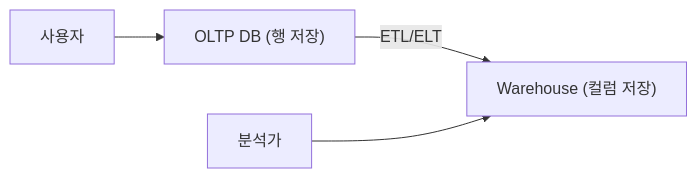
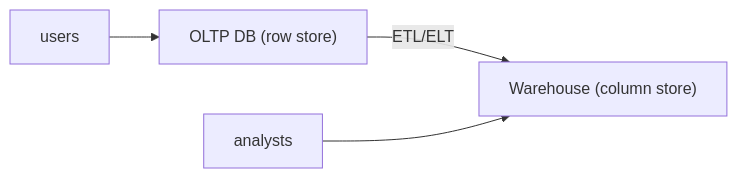
The diagram in content/database-systems-101/ko/10-oltp-and-olap.md (yeongseon-books/book-content), drawn with Mermaid before and after one commit. The commit also changed other lines of this file and 9 other files, not shown here.

````diff
--- a/content/database-systems-101/ko/10-oltp-and-olap.md
+++ b/content/database-systems-101/ko/10-oltp-and-olap.md
@@ -36,6 +56,6 @@
 ```mermaid
 flowchart LR
-    A["사용자"] --> B["OLTP DB (행 저장)"]
-    B -- "ETL/ELT" --> C["Warehouse (컬럼 저장)"]
-    D["분석가"] --> C
+    A["users"] --> B["OLTP DB (row store)"]
+    B -- "ETL/ELT" --> C["Warehouse (column store)"]
+    D["analysts"] --> C
 ```
````
